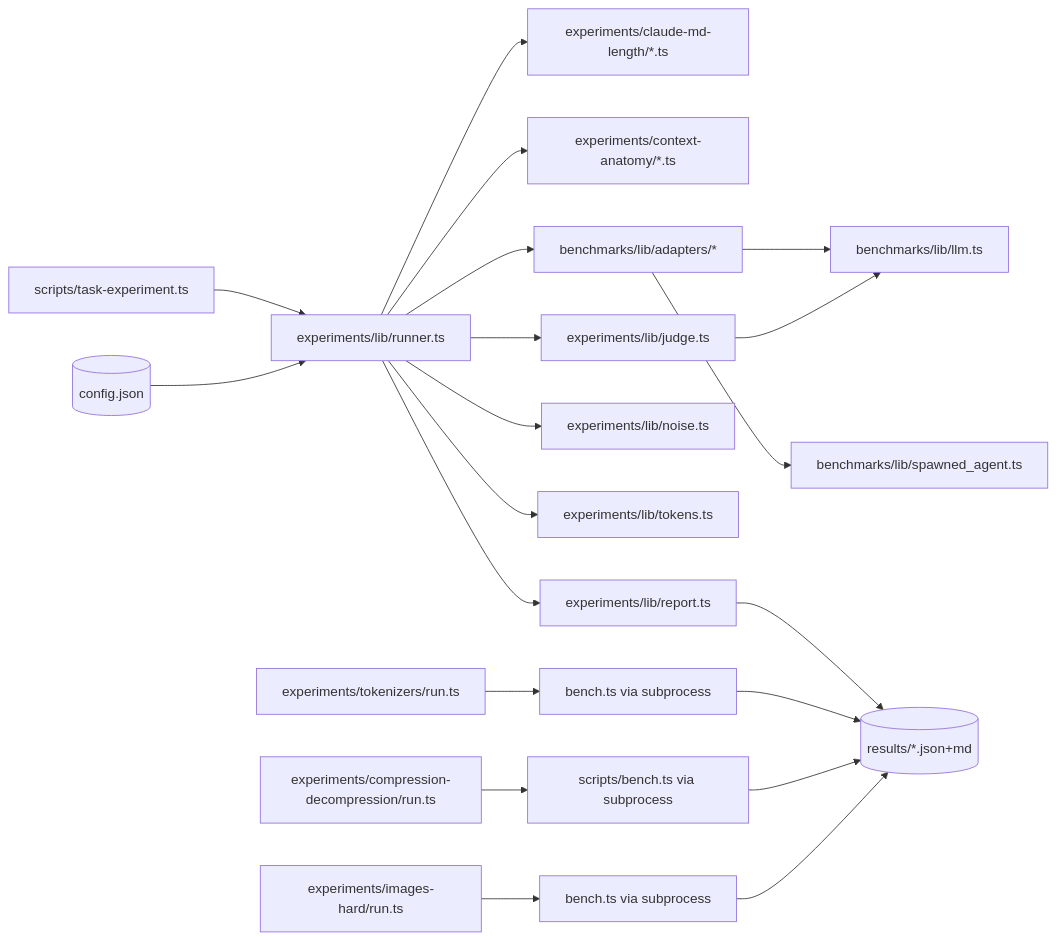
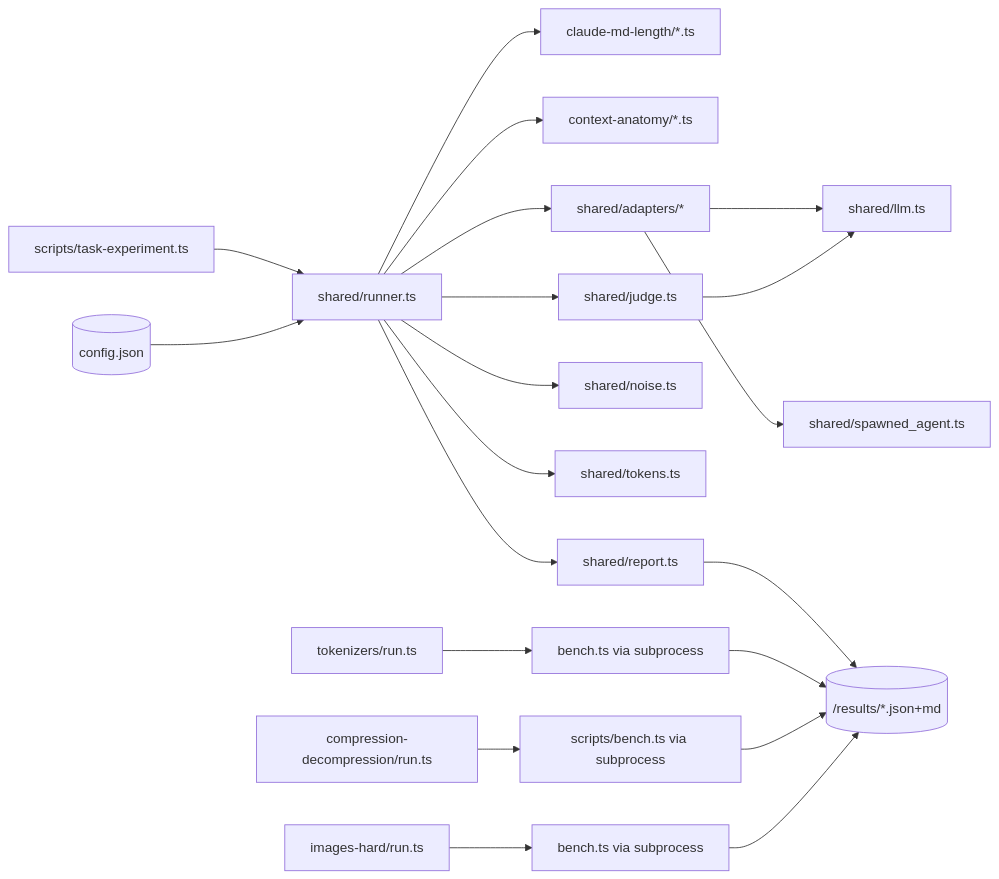
One commit to korchasa/flowai-experiments changed the diagram in documents/design.md. Above: the diagram before and after it, drawn with Mermaid. The commit also changed other lines of this file and 355 other files, not shown here.

````diff
--- a/documents/design.md
+++ b/documents/design.md
@@ -12,22 +12,22 @@
 ```mermaid
 flowchart LR
   CLI[scripts/task-experiment.ts] --> Runner
-  Runner[experiments/lib/runner.ts] --> VariantA[experiments/claude-md-length/*.ts]
-  Runner --> VariantB[experiments/context-anatomy/*.ts]
-  Runner --> Adapter[benchmarks/lib/adapters/*]
-  Runner --> Judge[experiments/lib/judge.ts]
-  Runner --> Noise[experiments/lib/noise.ts]
-  Runner --> Tokens[experiments/lib/tokens.ts]
-  Runner --> Report[experiments/lib/report.ts]
-  Adapter --> LLM[benchmarks/lib/llm.ts]
+  Runner[shared/runner.ts] --> VariantA[claude-md-length/*.ts]
+  Runner --> VariantB[context-anatomy/*.ts]
+  Runner --> Adapter[shared/adapters/*]
+  Runner --> Judge[shared/judge.ts]
+  Runner --> Noise[shared/noise.ts]
+  Runner --> Tokens[shared/tokens.ts]
+  Runner --> Report[shared/report.ts]
+  Adapter --> LLM[shared/llm.ts]
   Judge --> LLM
-  Adapter --> Spawn[benchmarks/lib/spawned_agent.ts]
-  Report --> Results[(results/*.json+md)]
+  Adapter --> Spawn[shared/spawned_agent.ts]
+  Report --> Results[("<name>/results/*.json+md")]
   Config[(config.json)] --> Runner
-  ShimTok[experiments/tokenizers/run.ts] --> BenchTok[bench.ts via subprocess]
-  ShimComp[experiments/compression-decompression/run.ts] --> BenchComp[scripts/bench.ts via subprocess]
-  ShimImg[experiments/images-hard/run.ts] --> BenchImg[bench.ts via subprocess]
+  ShimTok[tokenizers/run.ts] --> BenchTok[bench.ts via subprocess]
+  ShimComp[compression-decompression/run.ts] --> BenchComp[scripts/bench.ts via subprocess]
+  ShimImg[images-hard/run.ts] --> BenchImg[bench.ts via subprocess]
   BenchTok --> Results
   BenchComp --> Results
   BenchImg --> Results
 ```
````
